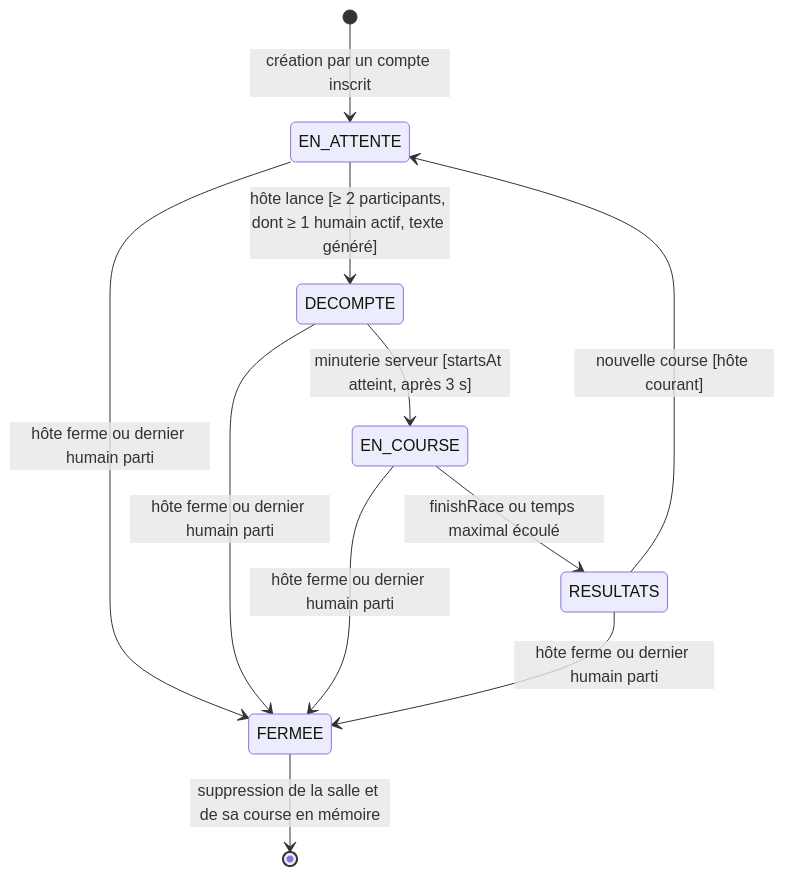
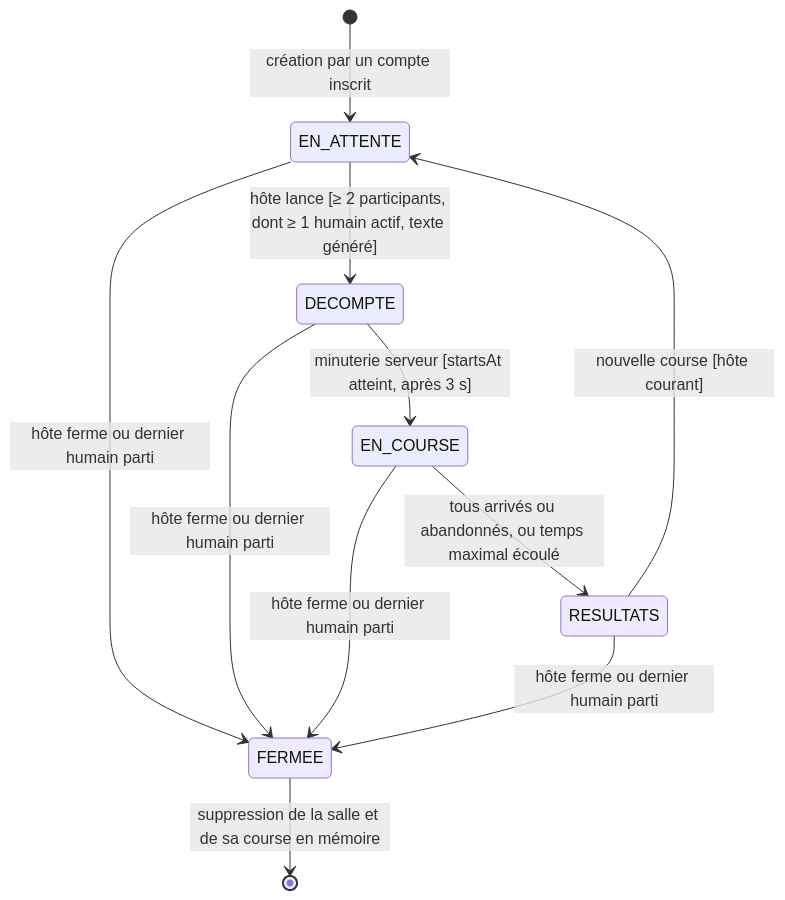
One commit to devzr24/typing-race changed the diagram in docs/architecture/machine-a-etats.md. Above: the diagram before and after it, drawn with Mermaid. The commit also changed other lines of this file and 15 other files, not shown here.

````diff
--- a/docs/architecture/machine-a-etats.md
+++ b/docs/architecture/machine-a-etats.md
@@ -9,13 +9,13 @@
 ```mermaid
 stateDiagram-v2
     [*] --> EN_ATTENTE : création par un compte inscrit
     EN_ATTENTE --> DECOMPTE : hôte lance [≥ 2 participants, dont ≥ 1 humain actif, texte généré]
     DECOMPTE --> EN_COURSE : minuterie serveur [startsAt atteint, après 3 s]
-    EN_COURSE --> RESULTATS : finishRace ou temps maximal écoulé
+    EN_COURSE --> RESULTATS : tous arrivés ou abandonnés, ou temps maximal écoulé
     RESULTATS --> EN_ATTENTE : nouvelle course [hôte courant]
     EN_ATTENTE --> FERMEE : hôte ferme ou dernier humain parti
     DECOMPTE --> FERMEE : hôte ferme ou dernier humain parti
     EN_COURSE --> FERMEE : hôte ferme ou dernier humain parti
     RESULTATS --> FERMEE : hôte ferme ou dernier humain parti
     FERMEE --> [*] : suppression de la salle et de sa course en mémoire
 ```
````
